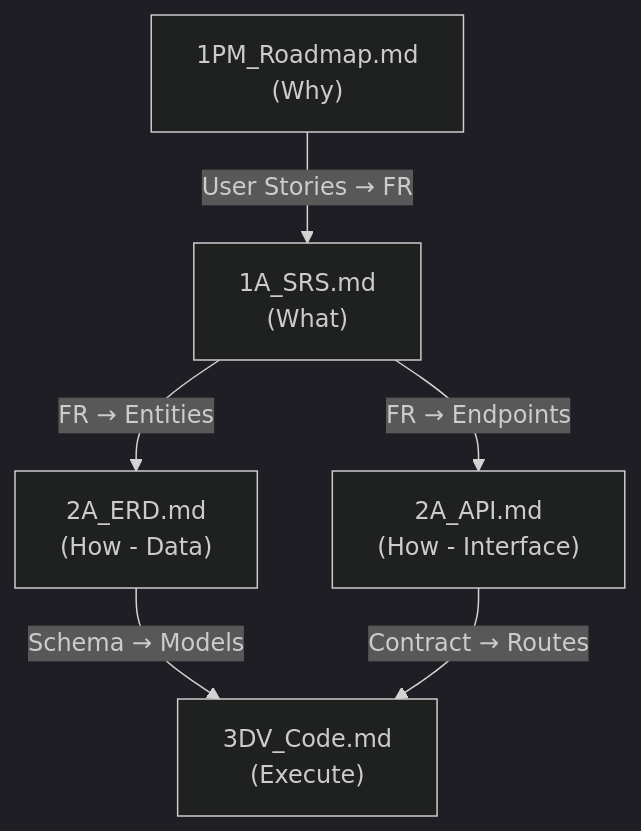
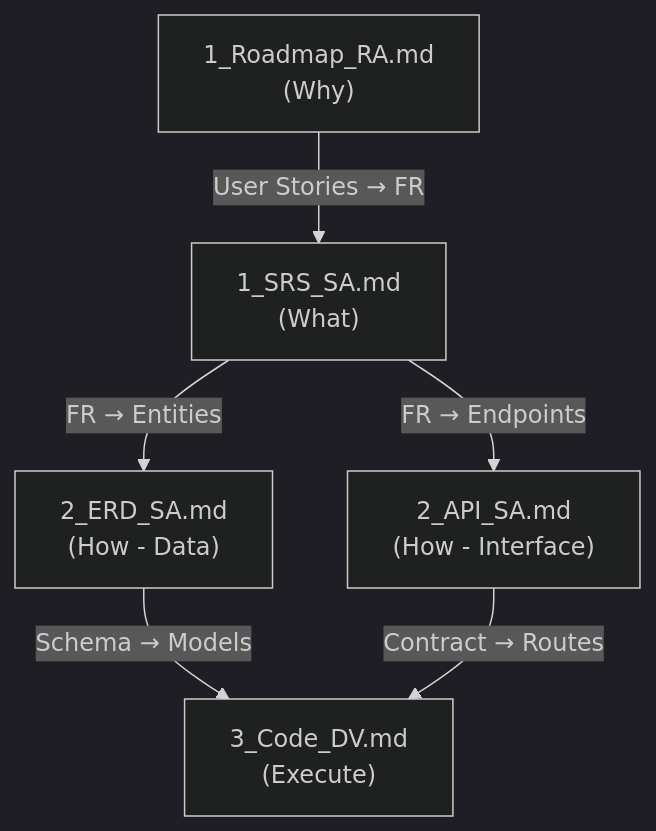
One commit to upleat-ax/u-maker-plugin changed the first of 4 diagrams in references/traceability-matrix.md. Above: the diagram before and after it, drawn with Mermaid (dark theme). The commit also changed other lines of this file and 61 other files, not shown here.

````diff
--- a/references/traceability-matrix.md
+++ b/references/traceability-matrix.md
@@ -22,14 +22,14 @@
 ```mermaid
 flowchart TD
-    ROADMAP["1PM_Roadmap.md\n(Why)"]
-    SRS["1A_SRS.md\n(What)"]
-    ERD["2A_ERD.md\n(How - Data)"]
-    API["2A_API.md\n(How - Interface)"]
-    CODE["3DV_Code.md\n(Execute)"]
+    ROADMAP["1_Roadmap_RA.md\n(Why)"]
+    SRS["1_SRS_SA.md\n(What)"]
+    ERD["2_ERD_SA.md\n(How - Data)"]
+    API["2_API_SA.md\n(How - Interface)"]
+    CODE["3_Code_DV.md\n(Execute)"]
 
     ROADMAP -->|User Stories → FR| SRS
     SRS -->|FR → Entities| ERD
     SRS -->|FR → Endpoints| API
     ERD -->|Schema → Models| CODE
     API -->|Contract → Routes| CODE
 ```
````
